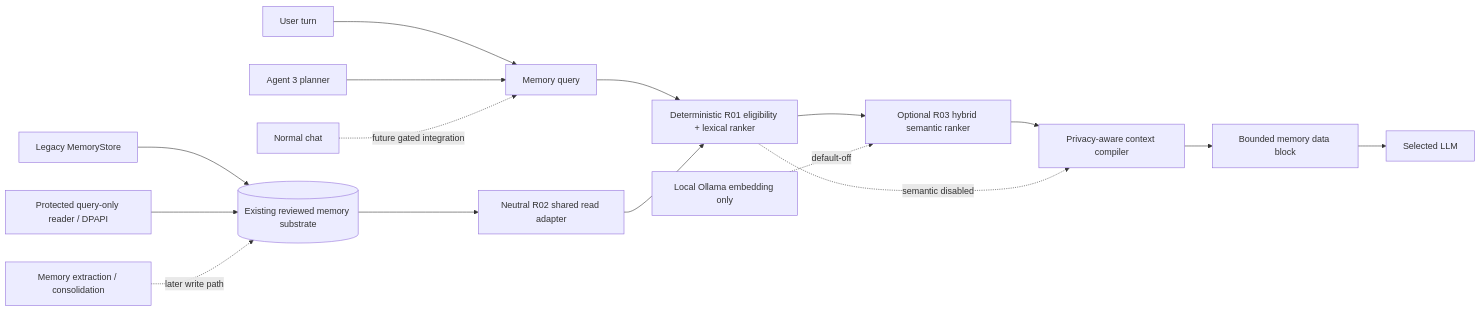
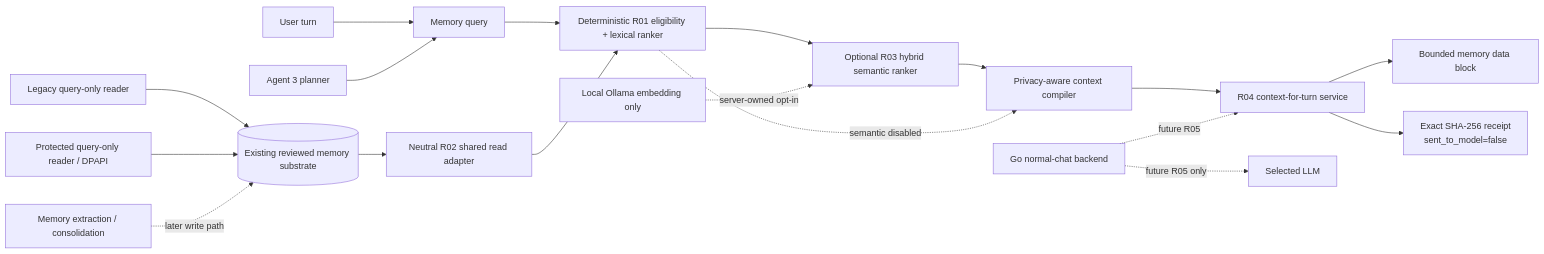
One commit to Ternedal/ModelRig changed the diagram in docs/memory/MEMORY_4.md. Above: the diagram before and after it, drawn with Mermaid. The commit also changed other lines of this file and 7 other files, not shown here.

Commit message:
feat(memory): add read-only context-for-turn service (M4-R04)

````diff
--- a/docs/memory/MEMORY_4.md
+++ b/docs/memory/MEMORY_4.md
@@ -31,21 +31,23 @@
 ```mermaid
 flowchart LR
     U[User turn] --> Q[Memory query]
     Q --> R[Deterministic R01 eligibility + lexical ranker]
     S[(Existing reviewed memory substrate)] --> A[Neutral R02 shared read adapter]
     A --> R
     R --> H[Optional R03 hybrid semantic ranker]
-    O[Local Ollama embedding only] -. default-off .-> H
+    O[Local Ollama embedding only] -. server-owned opt-in .-> H
     H --> C[Privacy-aware context compiler]
     R -. semantic disabled .-> C
-    C --> B[Bounded memory data block]
-    B --> L[Selected LLM]
+    C --> R04[R04 context-for-turn service]
+    R04 --> B[Bounded memory data block]
+    R04 --> RCPT[Exact SHA-256 receipt\nsent_to_model=false]
 
-    LEG[Legacy MemoryStore] --> S
+    LEG[Legacy query-only reader] --> S
     PROT[Protected query-only reader / DPAPI] --> S
 
     A3[Agent 3 planner] --> Q
-    NC[Normal chat] -. future gated integration .-> Q
+    GO[Go normal-chat backend] -. future R05 .-> R04
+    GO -. future R05 only .-> L[Selected LLM]
 
     X[Memory extraction / consolidation] -. later write path .-> S
 ```
````
